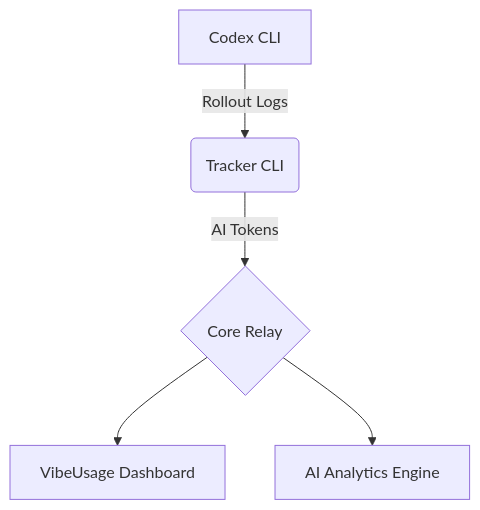
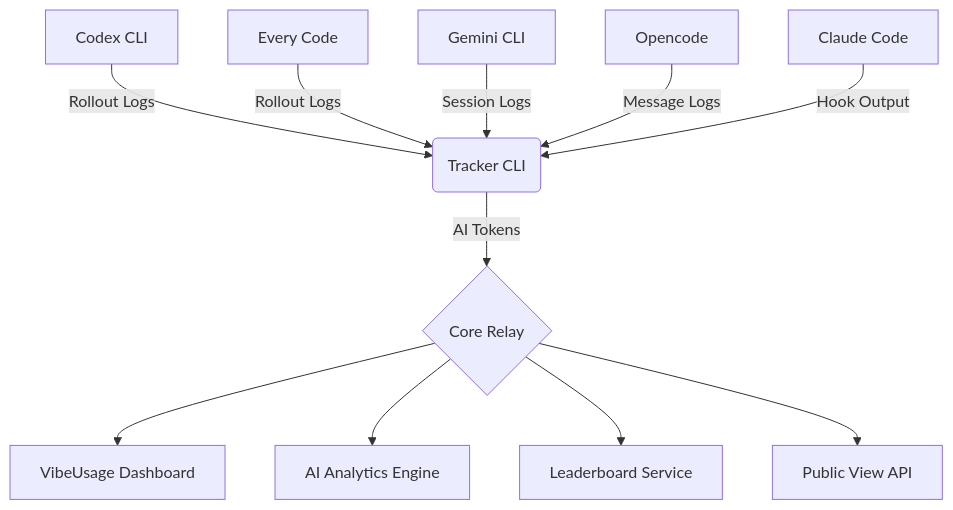
The diagram in README.md (victorGPT/vibescore), drawn with Mermaid before and after one commit. The commit also changed other lines of this file and 1 other file, not shown here.

````diff
--- a/README.md
+++ b/README.md
@@ -132,7 +235,13 @@
 ```mermaid
 graph TD
-    A[Codex CLI] -->|Rollout Logs| B(Tracker CLI)
-    B -->|AI Tokens| C{Core Relay}
-    C --> D[VibeUsage Dashboard]
-    C --> E[AI Analytics Engine]
+    A[Codex CLI] -->|Rollout Logs| F(Tracker CLI)
+    B[Every Code] -->|Rollout Logs| F
+    C[Gemini CLI] -->|Session Logs| F
+    D[Opencode] -->|Message Logs| F
+    E[Claude Code] -->|Hook Output| F
+    F -->|AI Tokens| G{Core Relay}
+    G --> H[VibeUsage Dashboard]
+    G --> I[AI Analytics Engine]
+    G --> J[Leaderboard Service]
+    G --> K[Public View API]
 ```
````
